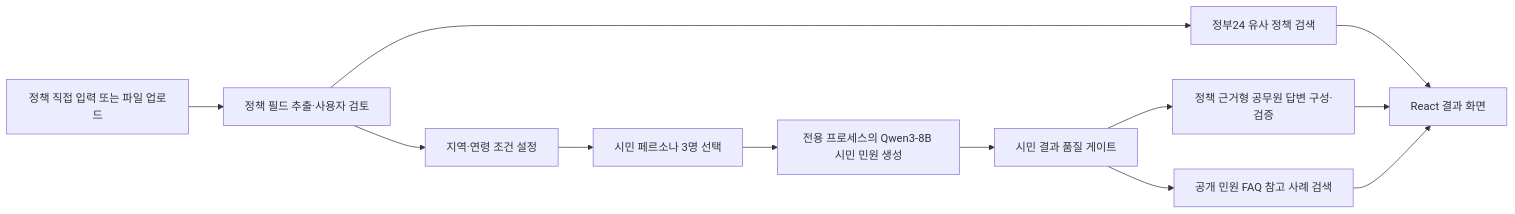
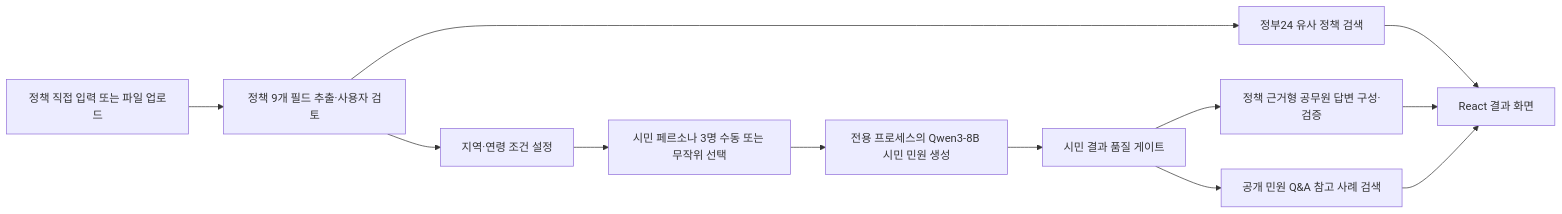
Before and after one commit to dev-samuel-codes/policy_risk_persona_simulator: the diagram in README.md, drawn with Mermaid. The commit also changed other lines of this file, not shown here.

````diff
--- a/README.md
+++ b/README.md
@@ -75,14 +123,14 @@
 ```mermaid
 flowchart LR
-    A["정책 직접 입력 또는 파일 업로드"] --> B["정책 필드 추출·사용자 검토"]
+    A["정책 직접 입력 또는 파일 업로드"] --> B["정책 9개 필드 추출·사용자 검토"]
     B --> C["지역·연령 조건 설정"]
-    C --> D["시민 페르소나 3명 선택"]
+    C --> D["시민 페르소나 3명 수동 또는 무작위 선택"]
     B --> E["정부24 유사 정책 검색"]
     D --> F["전용 프로세스의 Qwen3-8B 시민 민원 생성"]
     F --> G["시민 결과 품질 게이트"]
     G --> H["정책 근거형 공무원 답변 구성·검증"]
-    G --> I["공개 민원 FAQ 참고 사례 검색"]
+    G --> I["공개 민원 Q&A 참고 사례 검색"]
     E --> J["React 결과 화면"]
     H --> J
     I --> J
 ```
````
